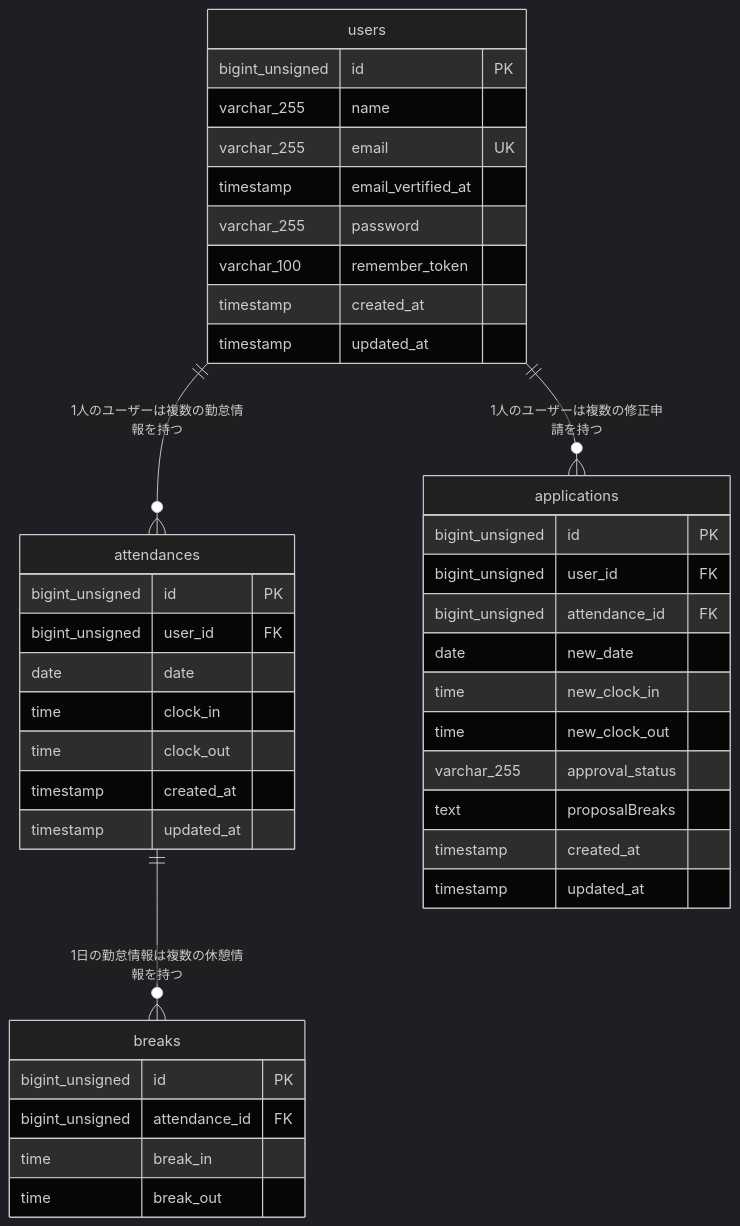
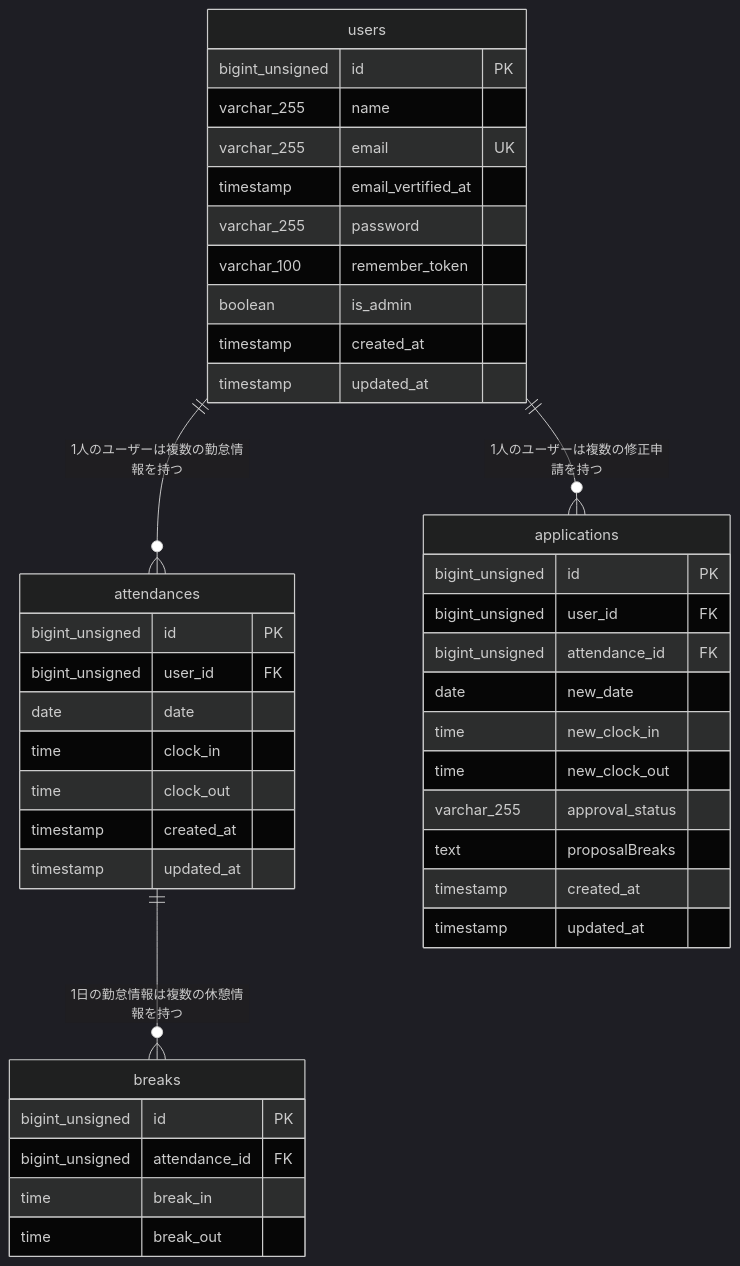
Before and after one commit to Ma-Namba/attendance-app: the diagram in README.md, drawn with Mermaid (dark theme).

````diff
--- a/README.md
+++ b/README.md
@@ -115,44 +115,45 @@
 ```mermaid
 erDiagram
 users ||--o{ attendances: "1人のユーザーは複数の勤怠情報を持つ"
 users ||--o{ applications:"1人のユーザーは複数の修正申請を持つ"
 attendances ||--o{ breaks:"1日の勤怠情報は複数の休憩情報を持つ"
 
     users{
 bigint_unsigned id PK
 varchar_255 name
 varchar_255 email UK
 timestamp email_vertified_at
 varchar_255 password
 varchar_100 remember_token
+boolean is_admin
 timestamp created_at
 timestamp updated_at
 }
     attendances{
 bigint_unsigned id PK
 bigint_unsigned user_id FK
 date date
 time clock_in
 time clock_out
 timestamp created_at
 timestamp updated_at
 }
     applications{
 bigint_unsigned id PK
 bigint_unsigned user_id FK
 bigint_unsigned attendance_id FK
 date new_date
 time new_clock_in
 time new_clock_out
 varchar_255 approval_status
 text proposalBreaks
 timestamp created_at
 timestamp updated_at
 }
     breaks{
 bigint_unsigned id PK
 bigint_unsigned attendance_id FK
 time break_in
 time break_out
 }
 ```
````
